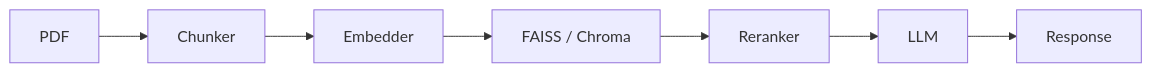
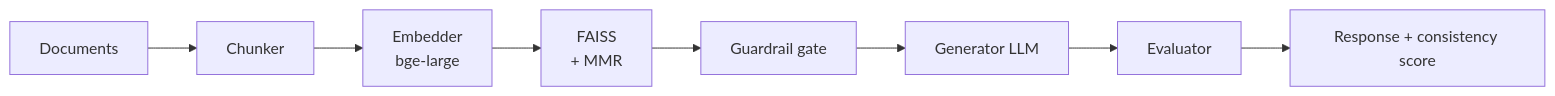
Before and after one commit to satyamshivam13/RAG_Pipeline: the diagram in README.md, drawn with Mermaid. The commit also changed other lines of this file, not shown here.

````diff
--- a/README.md
+++ b/README.md
@@ -66,9 +68,10 @@
 ```mermaid
 flowchart LR
-    A[PDF] --> B[Chunker]
-    B --> C[Embedder]
-    C --> D[FAISS / Chroma]
-    D --> E[Reranker]
-    E --> F[LLM]
-    F --> G[Response]
+    A[Documents] --> B[Chunker]
+    B --> C[Embedder<br/>bge-large]
+    C --> D[FAISS<br/>+ MMR]
+    D --> E[Guardrail gate]
+    E --> F[Generator LLM]
+    F --> G[Evaluator]
+    G --> H[Response + consistency score]
 ```
````
